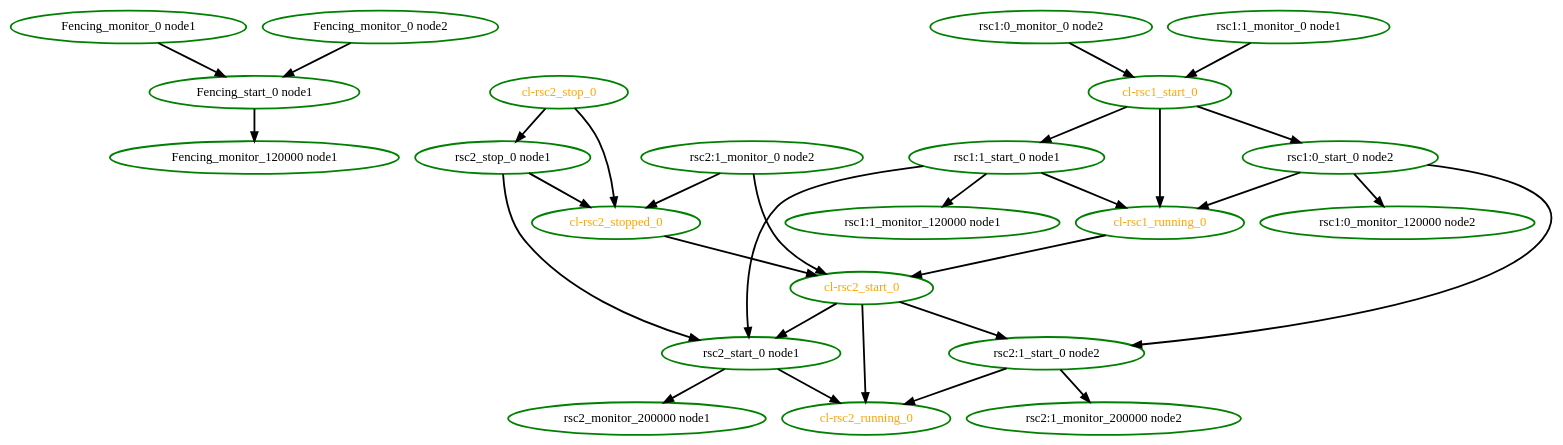
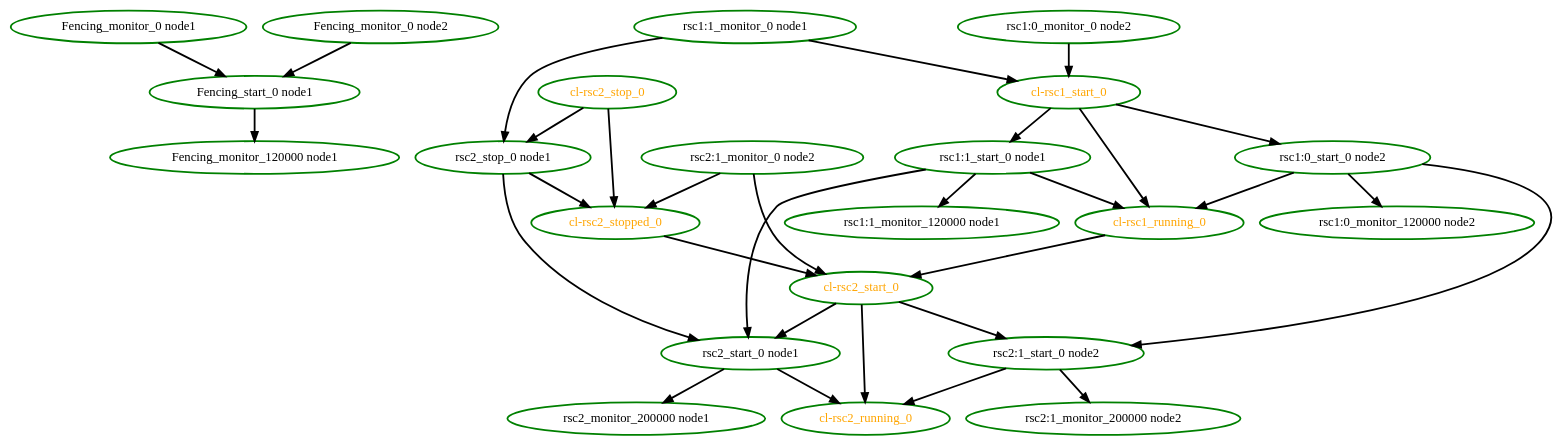
The diagram in pengine/test10/reload-becomes-restart.dot (ClusterLabs/pacemaker), drawn with Graphviz before and after one commit. The commit also changed 13 other files, not shown here.

```diff
--- a/pengine/test10/reload-becomes-restart.dot
+++ b/pengine/test10/reload-becomes-restart.dot
@@ -1,53 +1,54 @@
 digraph "g" {
 "Fencing_monitor_0 node1" -> "Fencing_start_0 node1" [ style = bold]
 "Fencing_monitor_0 node1" [ style=bold color="green" fontcolor="black"]
 "Fencing_monitor_0 node2" -> "Fencing_start_0 node1" [ style = bold]
 "Fencing_monitor_0 node2" [ style=bold color="green" fontcolor="black"]
 "Fencing_monitor_120000 node1" [ style=bold color="green" fontcolor="black"]
 "Fencing_start_0 node1" -> "Fencing_monitor_120000 node1" [ style = bold]
 "Fencing_start_0 node1" [ style=bold color="green" fontcolor="black"]
 "cl-rsc1_running_0" -> "cl-rsc2_start_0" [ style = bold]
 "cl-rsc1_running_0" [ style=bold color="green" fontcolor="orange"]
 "cl-rsc1_start_0" -> "cl-rsc1_running_0" [ style = bold]
 "cl-rsc1_start_0" -> "rsc1:0_start_0 node2" [ style = bold]
 "cl-rsc1_start_0" -> "rsc1:1_start_0 node1" [ style = bold]
 "cl-rsc1_start_0" [ style=bold color="green" fontcolor="orange"]
 "cl-rsc2_running_0" [ style=bold color="green" fontcolor="orange"]
 "cl-rsc2_start_0" -> "cl-rsc2_running_0" [ style = bold]
 "cl-rsc2_start_0" -> "rsc2:1_start_0 node2" [ style = bold]
 "cl-rsc2_start_0" -> "rsc2_start_0 node1" [ style = bold]
 "cl-rsc2_start_0" [ style=bold color="green" fontcolor="orange"]
 "cl-rsc2_stop_0" -> "cl-rsc2_stopped_0" [ style = bold]
 "cl-rsc2_stop_0" -> "rsc2_stop_0 node1" [ style = bold]
 "cl-rsc2_stop_0" [ style=bold color="green" fontcolor="orange"]
 "cl-rsc2_stopped_0" -> "cl-rsc2_start_0" [ style = bold]
 "cl-rsc2_stopped_0" [ style=bold color="green" fontcolor="orange"]
 "rsc1:0_monitor_0 node2" -> "cl-rsc1_start_0" [ style = bold]
 "rsc1:0_monitor_0 node2" [ style=bold color="green" fontcolor="black"]
 "rsc1:0_monitor_120000 node2" [ style=bold color="green" fontcolor="black"]
 "rsc1:0_start_0 node2" -> "cl-rsc1_running_0" [ style = bold]
 "rsc1:0_start_0 node2" -> "rsc1:0_monitor_120000 node2" [ style = bold]
 "rsc1:0_start_0 node2" -> "rsc2:1_start_0 node2" [ style = bold]
 "rsc1:0_start_0 node2" [ style=bold color="green" fontcolor="black"]
 "rsc1:1_monitor_0 node1" -> "cl-rsc1_start_0" [ style = bold]
+"rsc1:1_monitor_0 node1" -> "rsc2_stop_0 node1" [ style = bold]
 "rsc1:1_monitor_0 node1" [ style=bold color="green" fontcolor="black"]
 "rsc1:1_monitor_120000 node1" [ style=bold color="green" fontcolor="black"]
 "rsc1:1_start_0 node1" -> "cl-rsc1_running_0" [ style = bold]
 "rsc1:1_start_0 node1" -> "rsc1:1_monitor_120000 node1" [ style = bold]
 "rsc1:1_start_0 node1" -> "rsc2_start_0 node1" [ style = bold]
 "rsc1:1_start_0 node1" [ style=bold color="green" fontcolor="black"]
 "rsc2:1_monitor_0 node2" -> "cl-rsc2_start_0" [ style = bold]
 "rsc2:1_monitor_0 node2" -> "cl-rsc2_stopped_0" [ style = bold]
 "rsc2:1_monitor_0 node2" [ style=bold color="green" fontcolor="black"]
 "rsc2:1_monitor_200000 node2" [ style=bold color="green" fontcolor="black"]
 "rsc2:1_start_0 node2" -> "cl-rsc2_running_0" [ style = bold]
 "rsc2:1_start_0 node2" -> "rsc2:1_monitor_200000 node2" [ style = bold]
 "rsc2:1_start_0 node2" [ style=bold color="green" fontcolor="black"]
 "rsc2_monitor_200000 node1" [ style=bold color="green" fontcolor="black"]
 "rsc2_start_0 node1" -> "cl-rsc2_running_0" [ style = bold]
 "rsc2_start_0 node1" -> "rsc2_monitor_200000 node1" [ style = bold]
 "rsc2_start_0 node1" [ style=bold color="green" fontcolor="black"]
 "rsc2_stop_0 node1" -> "cl-rsc2_stopped_0" [ style = bold]
 "rsc2_stop_0 node1" -> "rsc2_start_0 node1" [ style = bold]
 "rsc2_stop_0 node1" [ style=bold color="green" fontcolor="black"]
 }
```
